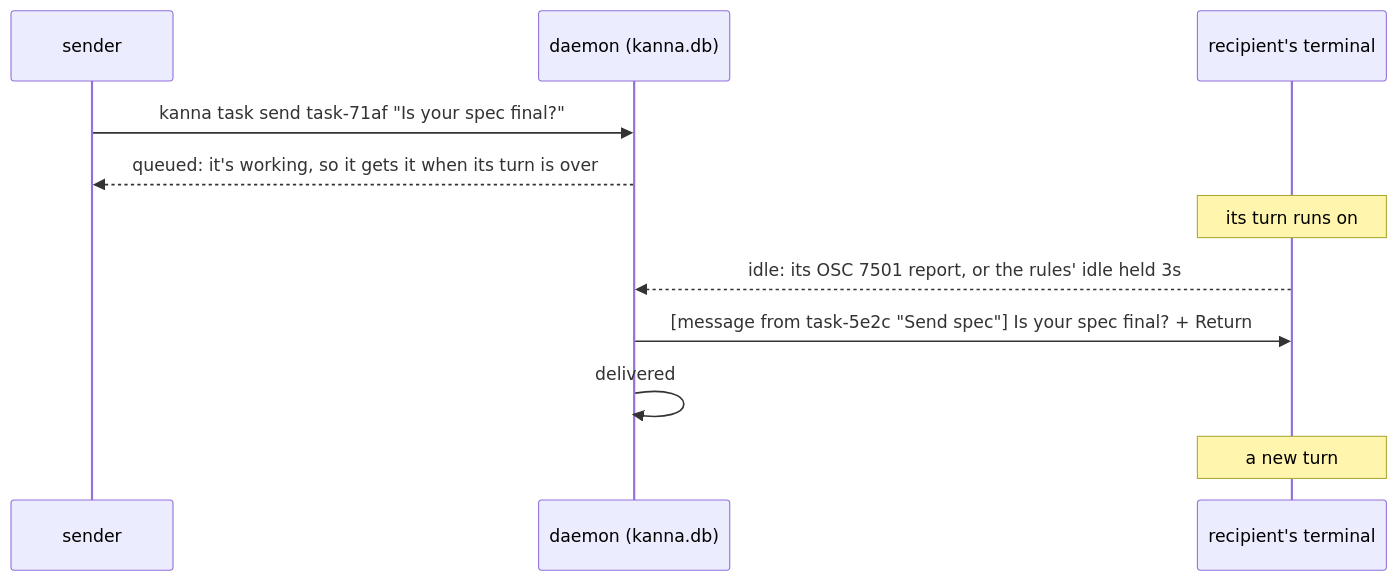
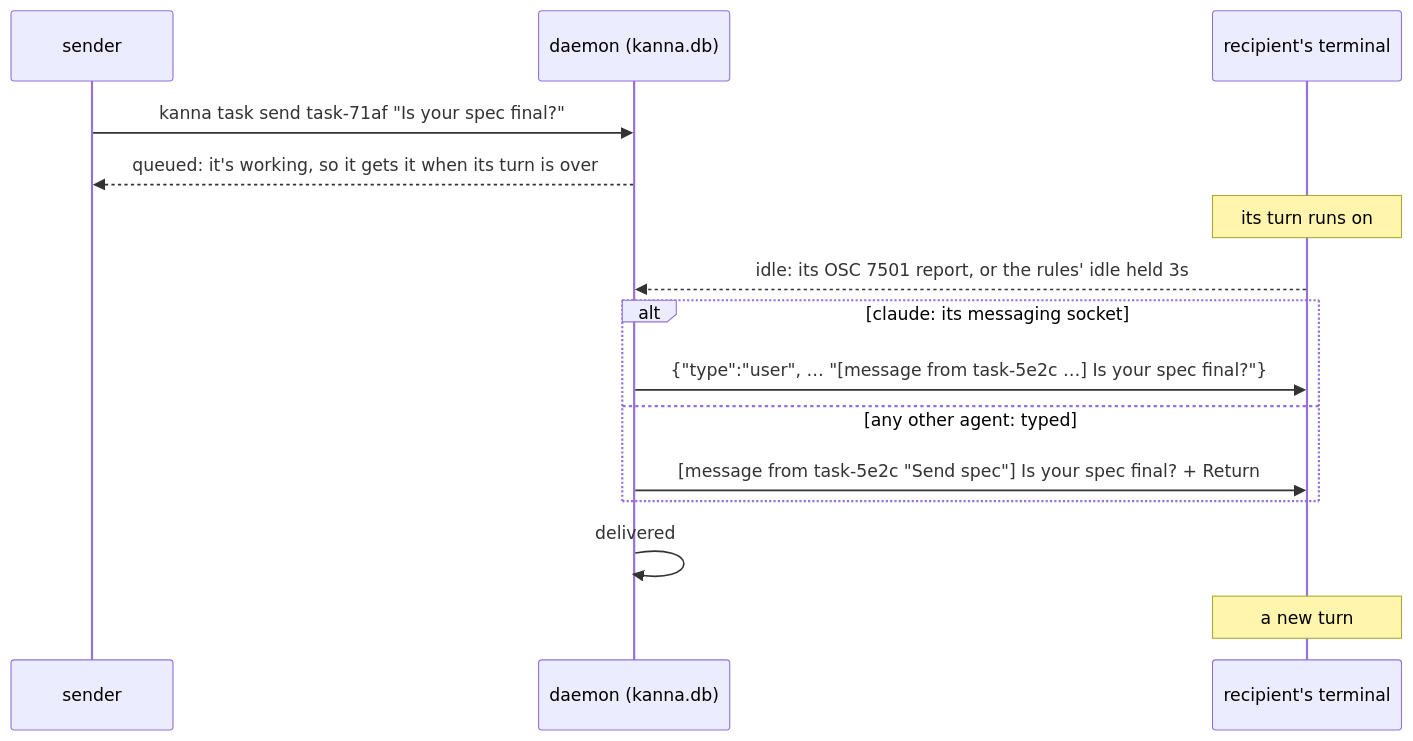
Before and after one commit to tampopogk/kanna: the second of 3 diagrams in docs/specs/agent-messaging.md, drawn with Mermaid. The commit also changed other lines of this file and 6 other files, not shown here.

````diff
--- a/docs/specs/agent-messaging.md
+++ b/docs/specs/agent-messaging.md
@@ -34,13 +34,17 @@
 ```mermaid
 sequenceDiagram
     participant S as sender
     participant D as daemon (kanna.db)
     participant T as recipient's terminal
     S->>D: kanna task send task-71af "Is your spec final?"
     D-->>S: queued: it's working, so it gets it when its turn is over
     Note over T: its turn runs on
     T-->>D: idle: its OSC 7501 report, or the rules' idle held 3s
-    D->>T: [message from task-5e2c "Send spec"] Is your spec final? + Return
+    alt claude: its messaging socket
+        D->>T: {"type":"user", … "[message from task-5e2c …] Is your spec final?"}
+    else any other agent: typed
+        D->>T: [message from task-5e2c "Send spec"] Is your spec final? + Return
+    end
     D->>D: delivered
     Note over T: a new turn
 ```
````
